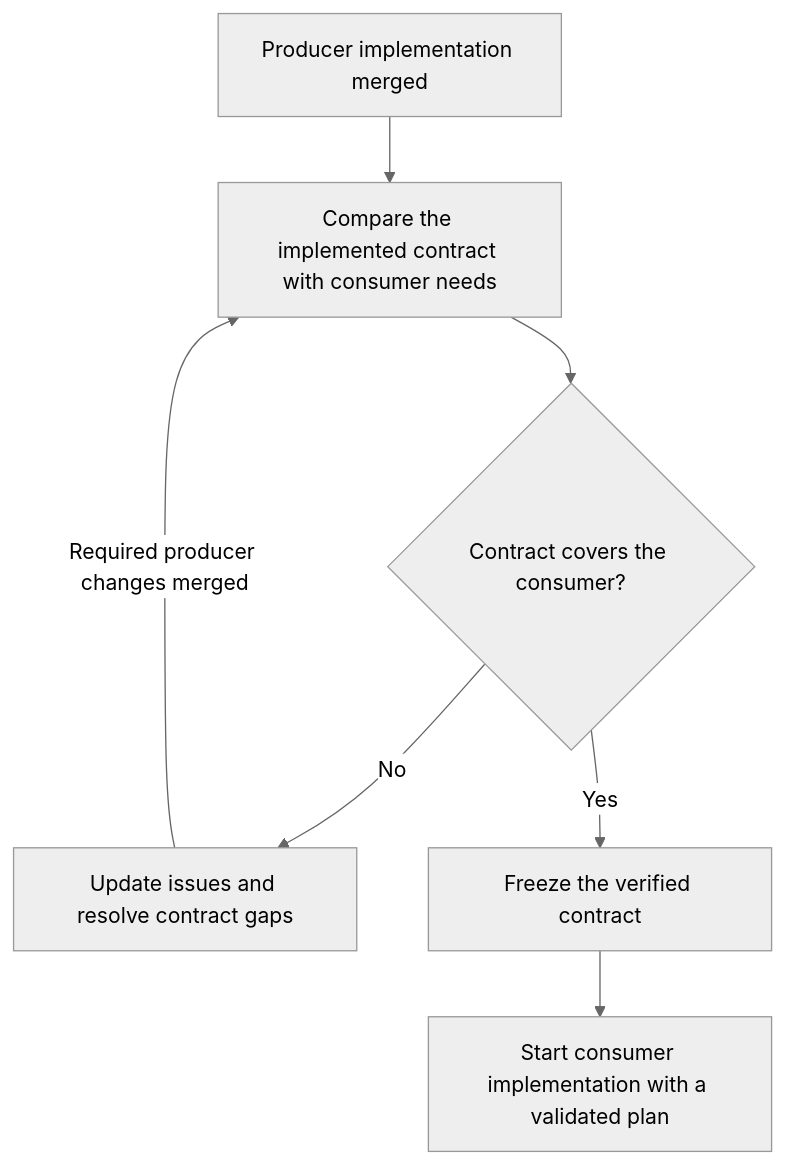
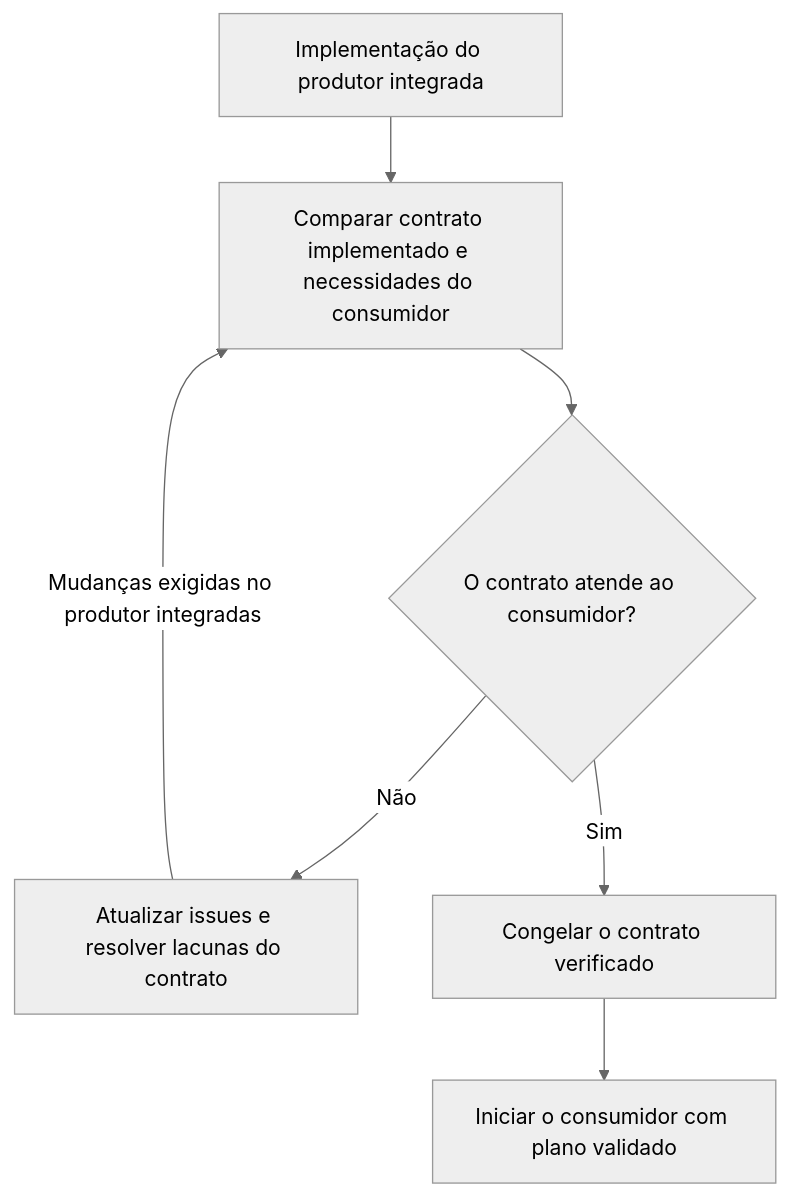
Before and after one commit to rocker-code/my-ai-skills: the fifth of 5 diagrams in README.md, drawn with Mermaid (neutral theme). The commit also changed other lines of this file and 7 other files, not shown here.

````diff
--- a/README.md
+++ b/README.md
@@ -171,9 +173,9 @@
 ```mermaid
 flowchart TD
-    A["Producer implementation merged"] --> B["Compare the implemented contract with consumer needs"]
-    B --> C{"Contract covers the consumer?"}
-    C -->|No| D["Update issues and resolve contract gaps"]
-    D -->|Required producer changes merged| B
-    C -->|Yes| E["Freeze the verified contract"]
-    E --> F["Start consumer implementation with a validated plan"]
+    A["Implementação do produtor integrada"] --> B["Comparar contrato implementado e necessidades do consumidor"]
+    B --> C{"O contrato atende ao consumidor?"}
+    C -->|Não| D["Atualizar issues e resolver lacunas do contrato"]
+    D -->|Mudanças exigidas no produtor integradas| B
+    C -->|Sim| E["Congelar o contrato verificado"]
+    E --> F["Iniciar o consumidor com plano validado"]
 ```
````
